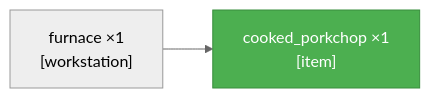
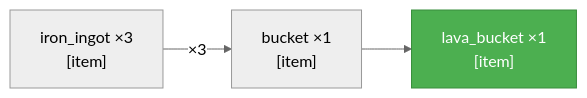
Before and after one commit to tomfenno/embodied-intelligence-minecraft: the diagram in achievement_hunter/rollout_live/current_scsg.md, drawn with Mermaid (neutral theme). The commit also changed other lines of this file and 189 other files, not shown here.

````diff
--- a/achievement_hunter/rollout_live/current_scsg.md
+++ b/achievement_hunter/rollout_live/current_scsg.md
@@ -4,7 +4,9 @@
 ```mermaid
 graph LR
-    cooked_porkchop["cooked_porkchop ×1<br/>[item]"]
-    furnace["furnace ×1<br/>[workstation]"]
-    furnace -->cooked_porkchop
-    style cooked_porkchop fill:#4CAF50,color:#fff,stroke:#388E3C
+    lava_bucket["lava_bucket ×1<br/>[item]"]
+    bucket["bucket ×1<br/>[item]"]
+    iron_ingot["iron_ingot ×3<br/>[item]"]
+    bucket -->lava_bucket
+    iron_ingot -->|"×3"| bucket
+    style lava_bucket fill:#4CAF50,color:#fff,stroke:#388E3C
 ```
````
